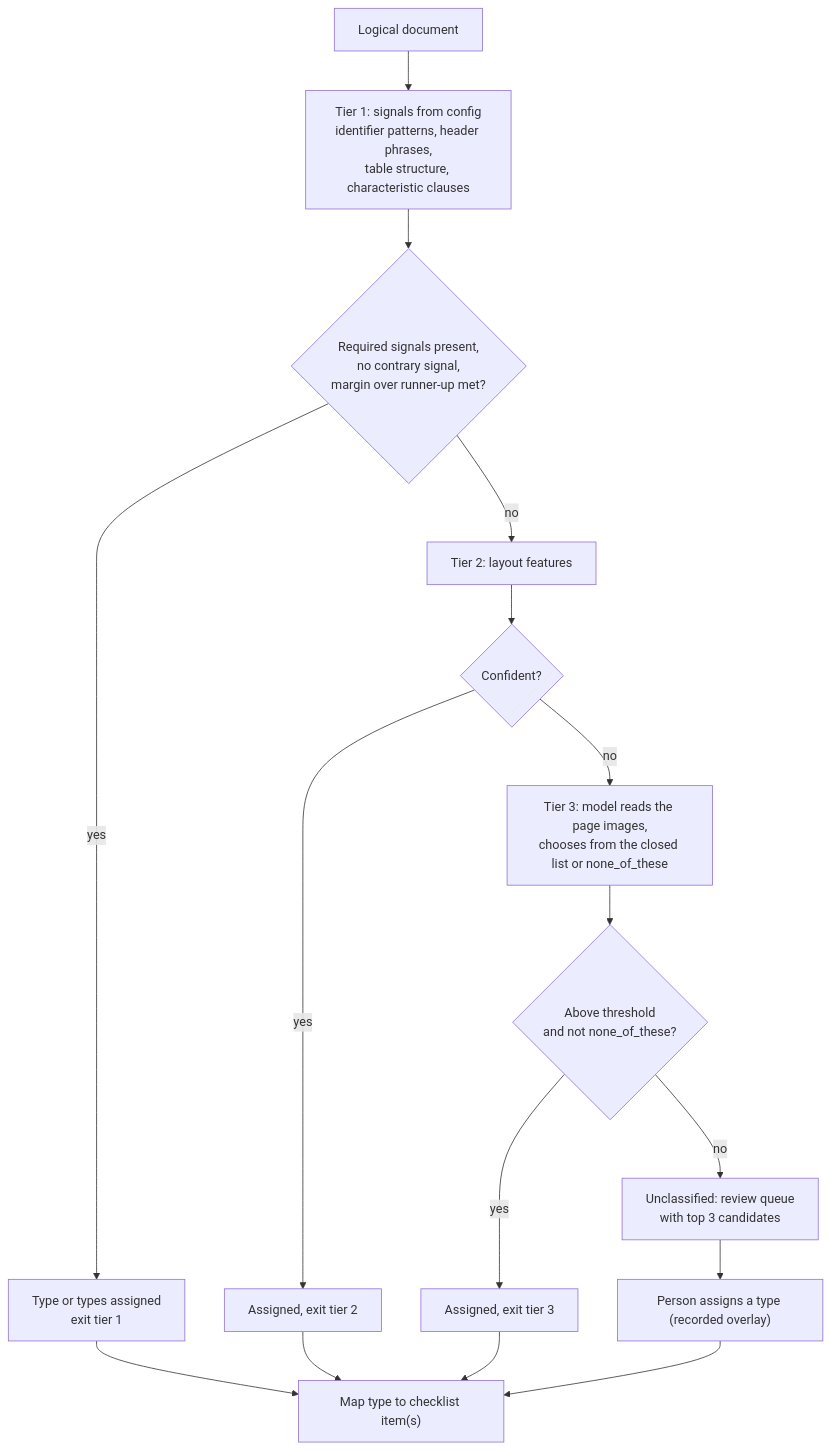
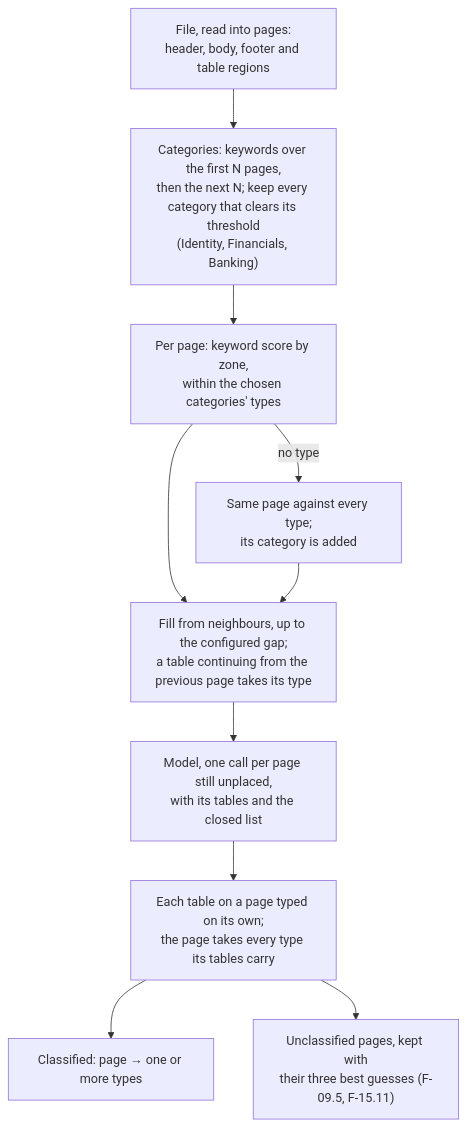
One commit to kunal-s/creditiq-poc changed the seventh of 12 diagrams in docs/functional-requirements.md. Above: the diagram before and after it, drawn with Mermaid. The commit also changed other lines of this file and 4 other files, not shown here.

````diff
--- a/docs/functional-requirements.md
+++ b/docs/functional-requirements.md
@@ -709,18 +715,12 @@
 ```mermaid
 flowchart TD
-  D["Logical document"] --> T1["Tier 1: signals from config<br/>identifier patterns, header phrases,<br/>table structure, characteristic clauses"]
-  T1 --> C1{"Required signals present,<br/>no contrary signal,<br/>margin over runner-up met?"}
-  C1 -- yes --> OK["Type or types assigned<br/>exit tier 1"]
-  C1 -- no --> T2["Tier 2: layout features"]
-  T2 --> C2{"Confident?"}
-  C2 -- yes --> OK2["Assigned, exit tier 2"]
-  C2 -- no --> T3["Tier 3: model reads the page images,<br/>chooses from the closed list or none_of_these"]
-  T3 --> C3{"Above threshold<br/>and not none_of_these?"}
-  C3 -- yes --> OK3["Assigned, exit tier 3"]
-  C3 -- no --> RQ["Unclassified: review queue<br/>with top 3 candidates"]
-  RQ --> P["Person assigns a type (recorded overlay)"]
-  OK --> M["Map type to checklist item(s)"]
-  OK2 --> M
-  OK3 --> M
-  P --> M
+  P["File, read into pages:<br/>header, body, footer and table regions"] --> C["Categories: keywords over the first N pages,<br/>then the next N; keep every category that clears its threshold<br/>(Identity, Financials, Banking)"]
+  C --> T["Per page: keyword score by zone,<br/>within the chosen categories' types"]
+  T -- no type --> A["Same page against every type;<br/>its category is added"]
+  T --> G["Fill from neighbours, up to the configured gap;<br/>a table continuing from the previous page takes its type"]
+  A --> G
+  G --> M["Model, one call per page still unplaced,<br/>with its tables and the closed list"]
+  M --> X["Each table on a page typed on its own;<br/>the page takes every type its tables carry"]
+  X --> OK["Classified: page → one or more types"]
+  X --> U["Unclassified pages, kept with<br/>their three best guesses (F-09.5, F-15.11)"]
 ```
````
